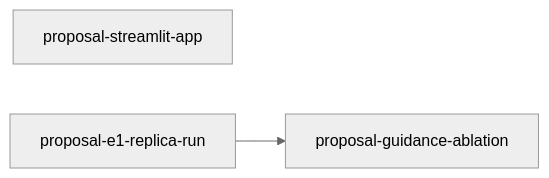
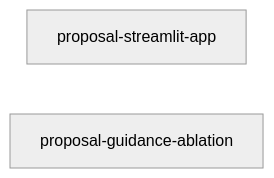
One commit to joe-dartmouth/synthetic changed the diagram in tasks/proposal-index.md. Above: the diagram before and after it, drawn with Mermaid (neutral theme). The commit also changed other lines of this file and 4 other files, not shown here.

First line of the commit message:
Run E1 with BKO replicas (proposal-e1-replica-run) (#25)

````diff
--- a/tasks/proposal-index.md
+++ b/tasks/proposal-index.md
@@ -17,5 +16,5 @@
 ```mermaid
 flowchart LR
     streamlit_app[proposal-streamlit-app]
-    e1_replica_run[proposal-e1-replica-run] --> guidance_ablation[proposal-guidance-ablation]
+    guidance_ablation[proposal-guidance-ablation]
 ```
````
